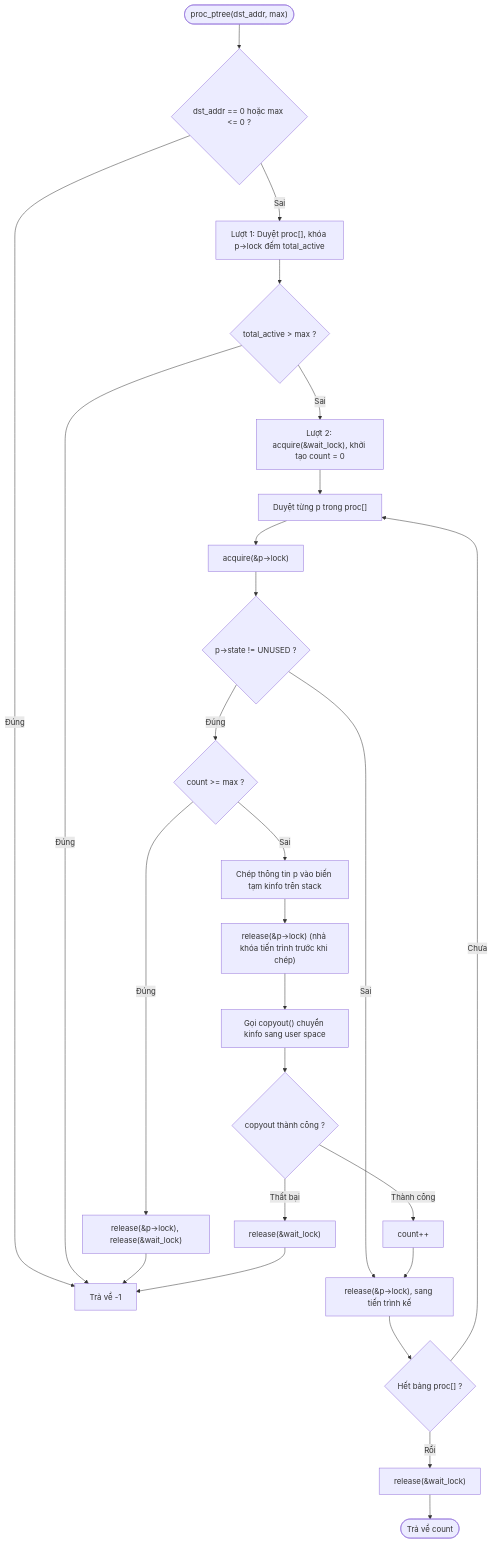
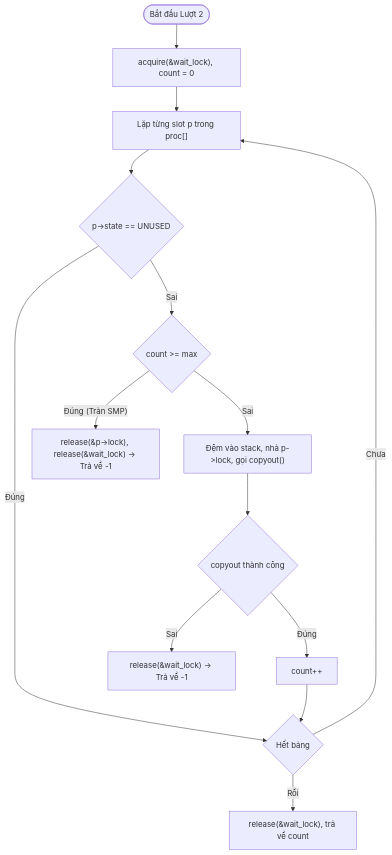
One commit to zetomis-was-taken/xv6_lab02 changed the third of 3 diagrams in report_ptree.md. Above: the diagram before and after it, drawn with Mermaid. The commit also changed other lines of this file, not shown here.

Commit message:
docs: cap nhat bao cao process tree

````diff
--- a/report_ptree.md
+++ b/report_ptree.md
@@ -101,30 +111,18 @@
 ```mermaid
 flowchart TD
-    Start(["proc_ptree(dst_addr, max)"]) --> Validate{"dst_addr == 0 hoặc max <= 0 ?"}
-    Validate -- "Đúng" --> RetErr["Trả về -1"]
+    FromPass1(["Bắt đầu Lượt 2"]) --> LockWait["acquire(&wait_lock), count = 0"]
+    LockWait --> Loop["Lặp từng slot p trong proc[]"]
+    Loop --> SkipUnused{"p->state == UNUSED "}
+    SkipUnused -- "Đúng" --> CheckEnd{"Hết bảng "}
     
-    Validate -- "Sai" --> Pass1["Lượt 1: Duyệt proc[], khóa p->lock đếm total_active"]
-    Pass1 --> CheckCap{"total_active > max ?"}
-    CheckCap -- "Đúng" --> RetErr
+    SkipUnused -- "Sai" --> Guard{"count >= max "}
+    Guard -- "Đúng (Tràn SMP)" --> ExitErr["release(&p->lock), release(&wait_lock) -> Trả về -1"]
     
-    CheckCap -- "Sai" --> Pass2["Lượt 2: acquire(&wait_lock), khởi tạo count = 0"]
-    Pass2 --> LoopProc["Duyệt từng p trong proc[]"]
-    LoopProc --> LockP["acquire(&p->lock)"]
-    LockP --> CheckUnused{"p->state != UNUSED ?"}
+    Guard -- "Sai" --> CopyStep["Đệm vào stack, nhả p->lock, gọi copyout()"]
+    CopyStep --> CheckCopy{"copyout thành công "}
+    CheckCopy -- "Sai" --> ExitCopyErr["release(&wait_lock) -> Trả về -1"]
+    CheckCopy -- "Đúng" --> Inc["count++"] --> CheckEnd
     
-    CheckUnused -- "Sai" --> NextP["release(&p->lock), sang tiến trình kế"]
-    CheckUnused -- "Đúng" --> Guard{"count >= max ?"}
-    Guard -- "Đúng" --> Unwind["release(&p->lock), release(&wait_lock)"] --> RetErr
-    
-    Guard -- "Sai" --> CopyLocal["Chép thông tin p vào biến tạm kinfo trên stack"]
-    CopyLocal --> UnlockP["release(&p->lock) (nhả khóa tiến trình trước khi chép)"]
-    UnlockP --> DoCopy["Gọi copyout() chuyển kinfo sang user space"]
-    
-    DoCopy --> CheckCopy{"copyout thành công ?"}
-    CheckCopy -- "Thất bại" --> RelWait["release(&wait_lock)"] --> RetErr
-    CheckCopy -- "Thành công" --> Inc["count++"] --> NextP
-    
-    NextP --> DoneAll{"Hết bảng proc[] ?"}
-    DoneAll -- "Chưa" --> LoopProc
-    DoneAll -- "Rồi" --> RelOk["release(&wait_lock)"] --> RetCount(["Trả về count"])
+    CheckEnd -- "Chưa" --> Loop
+    CheckEnd -- "Rồi" --> ExitOk["release(&wait_lock), trả về count"]
 ```
````
